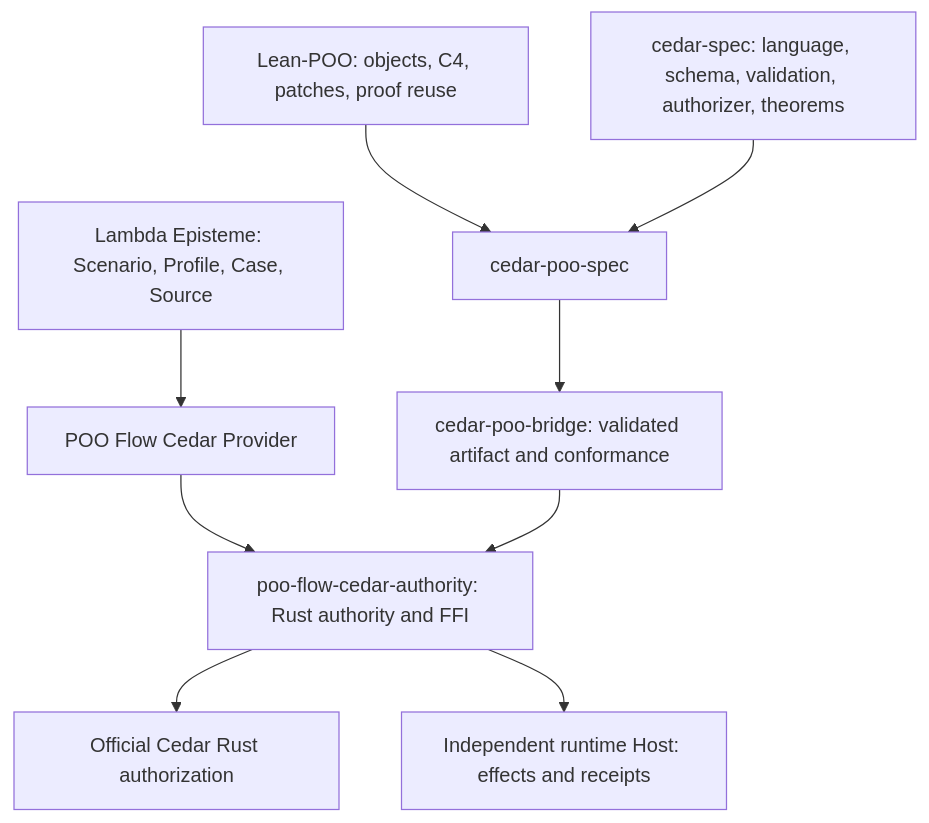
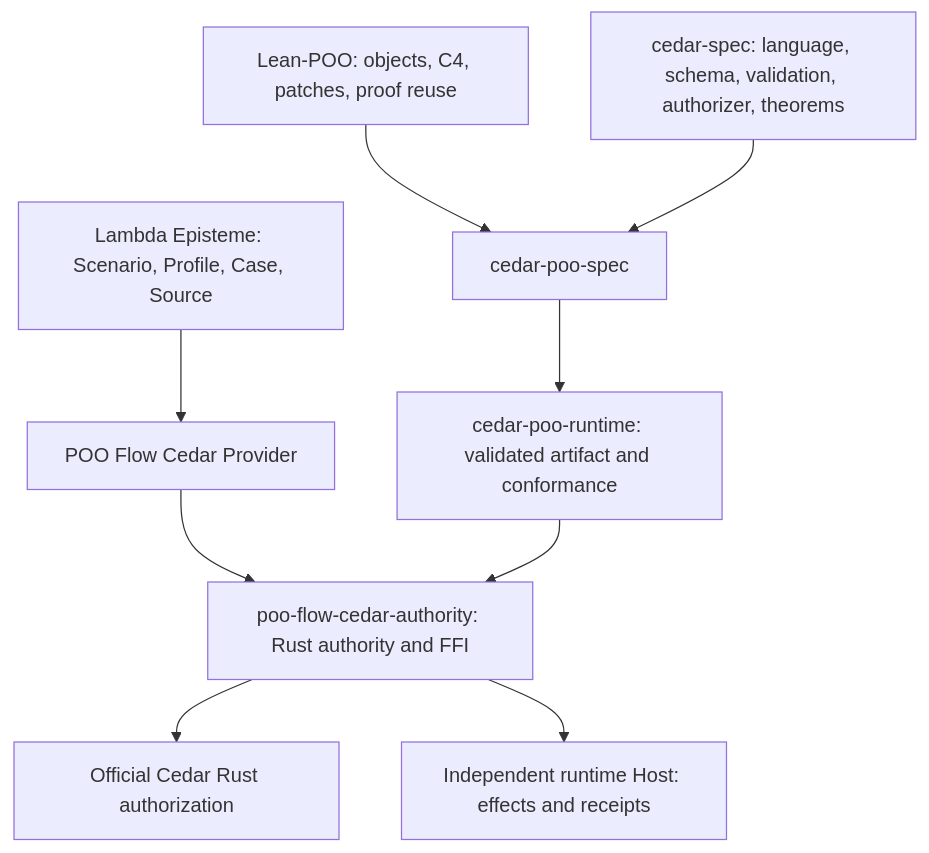
The first of 2 diagrams in docs/rfc/0008-composable-control-objects.org (tao3k/cedar-poo-spec), drawn with Mermaid before and after one commit. The commit also changed other lines of this file and 284 other files, not shown here.

```diff
--- a/docs/rfc/0008-composable-control-objects.org
+++ b/docs/rfc/0008-composable-control-objects.org
@@ -44,11 +44,11 @@
 #+begin_src mermaid
 flowchart TD
   L[Lean-POO: objects, C4, patches, proof reuse] --> P[cedar-poo-spec]
   C[cedar-spec: language, schema, validation, authorizer, theorems] --> P
-  P --> B[cedar-poo-bridge: validated artifact and conformance]
+  P --> B[cedar-poo-runtime: validated artifact and conformance]
   V[Lambda Episteme: Scenario, Profile, Case, Source] --> F[POO Flow Cedar Provider]
   F --> A[poo-flow-cedar-authority: Rust authority and FFI]
   B --> A
   A --> R[Official Cedar Rust authorization]
   A --> H[Independent runtime Host: effects and receipts]
 #+end_src
```
